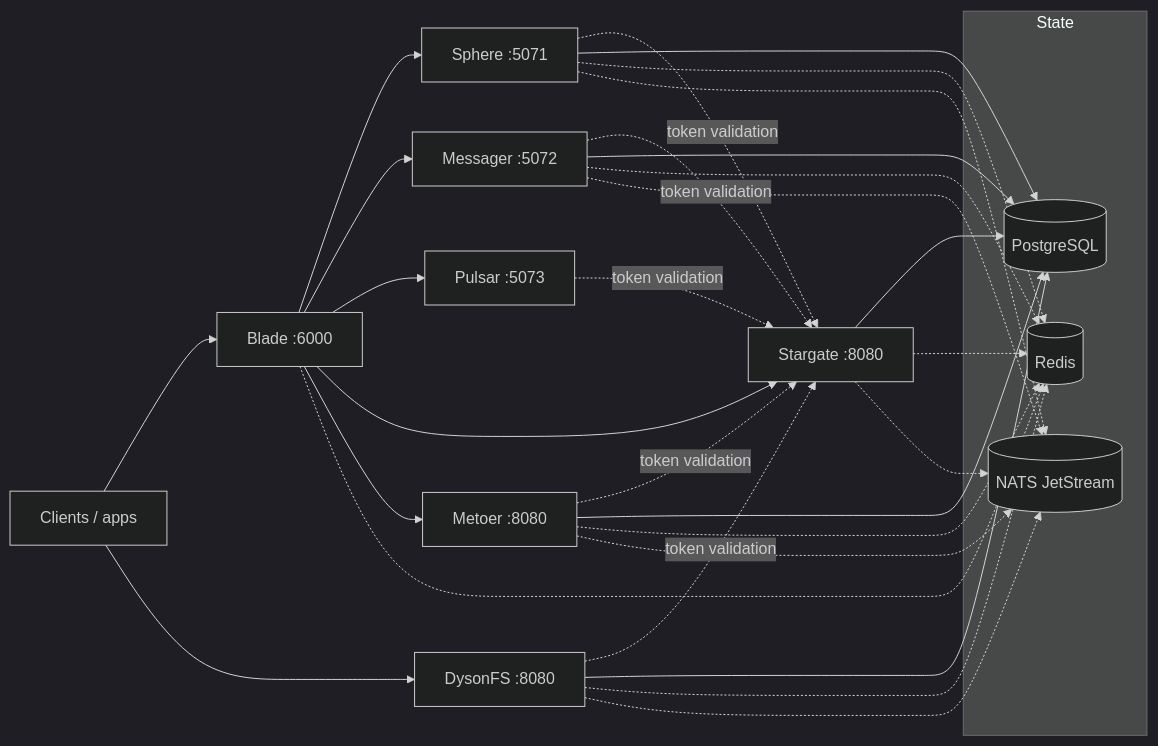
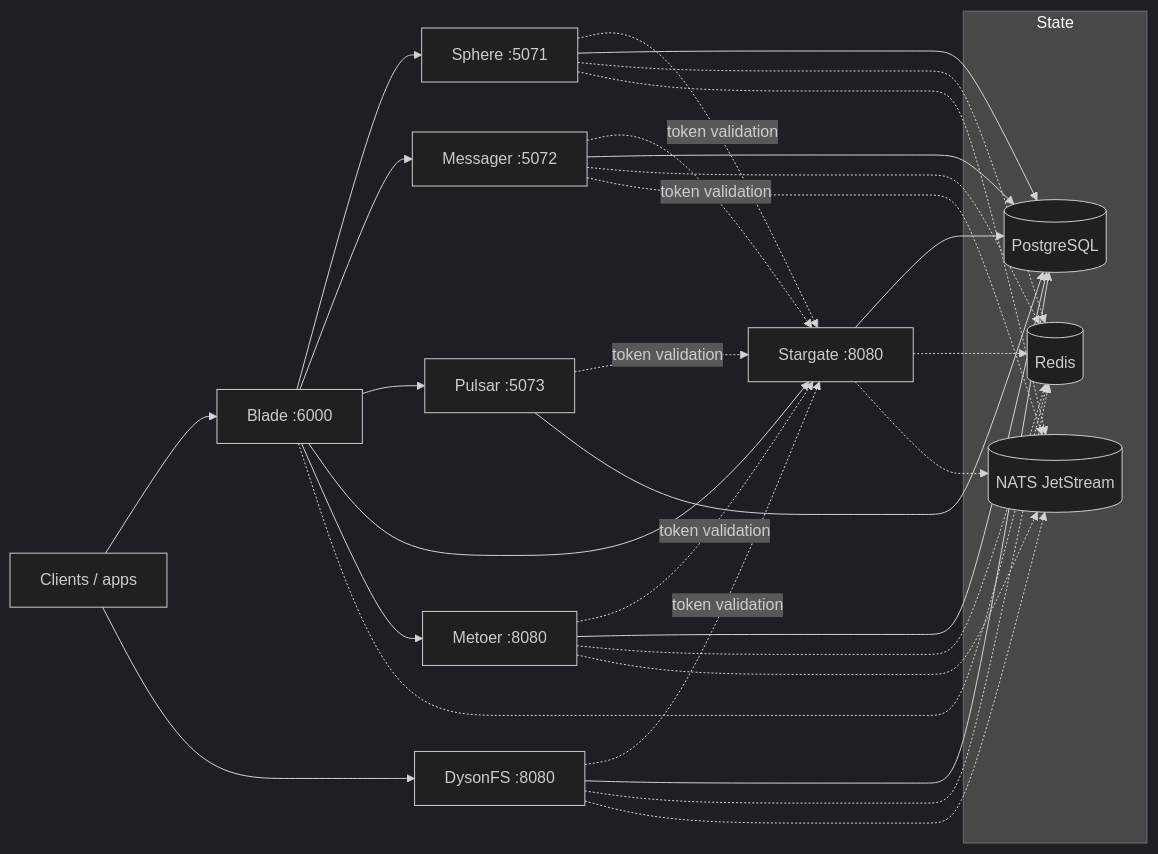
The diagram in README.md (Solsynth/LightHouse), drawn with Mermaid (dark theme) before and after one commit. The commit also changed other lines of this file and 18 other files, not shown here.

````diff
--- a/README.md
+++ b/README.md
@@ -30,20 +30,20 @@
 ```mermaid
 flowchart LR
     clients["Clients / apps"] --> blade["Blade :6000"]
     blade --> sphere["Sphere :5071"]
     blade --> messager["Messager :5072"]
     blade --> pulsar["Pulsar :5073"]
     blade --> stargate["Stargate :8080"]
     blade --> metoer["Metoer :8080"]
     clients --> dysonfs["DysonFS :8080"]
     sphere & messager & pulsar & metoer & dysonfs -. "token validation" .-> stargate
     subgraph state["State"]
         pg[(PostgreSQL)]
         redis[(Redis)]
         nats[(NATS JetStream)]
     end
-    sphere & messager & stargate & metoer & dysonfs --> pg
+    sphere & messager & pulsar & stargate & metoer & dysonfs --> pg
     sphere & messager & stargate & metoer & dysonfs -.-> redis
     sphere & messager & stargate & metoer & dysonfs -.-> nats
     blade -.-> redis
 ```
````
